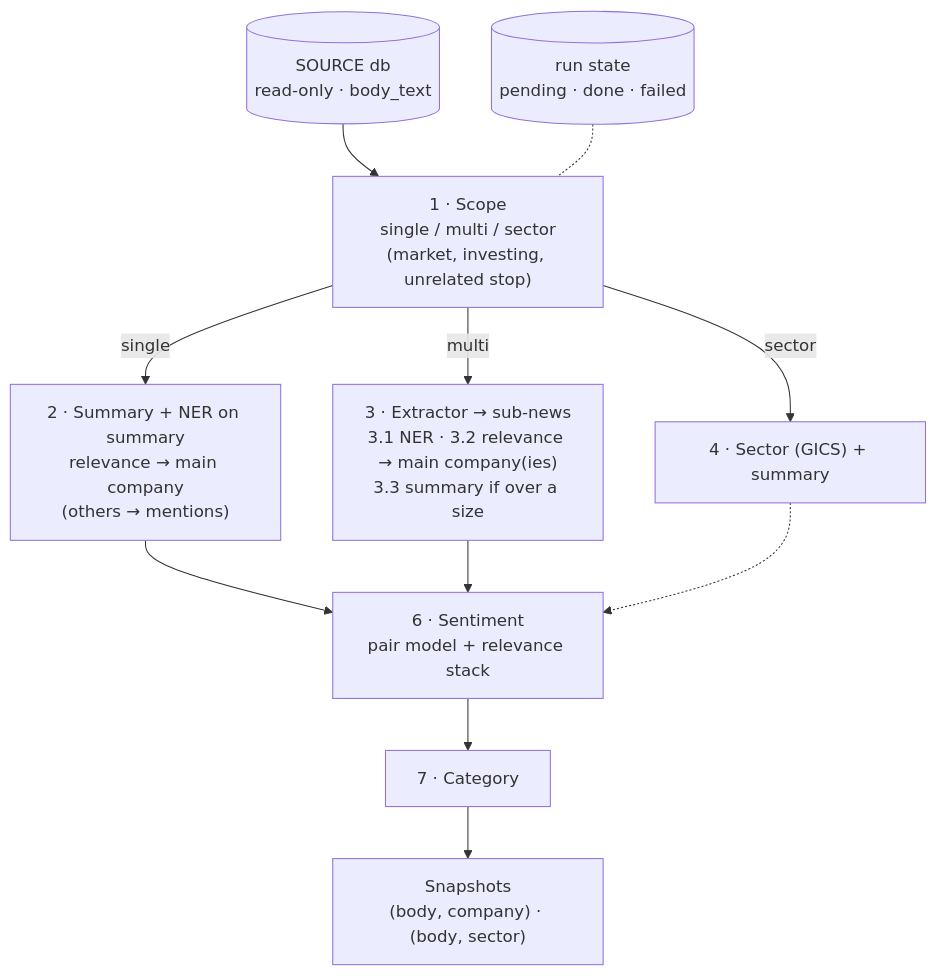
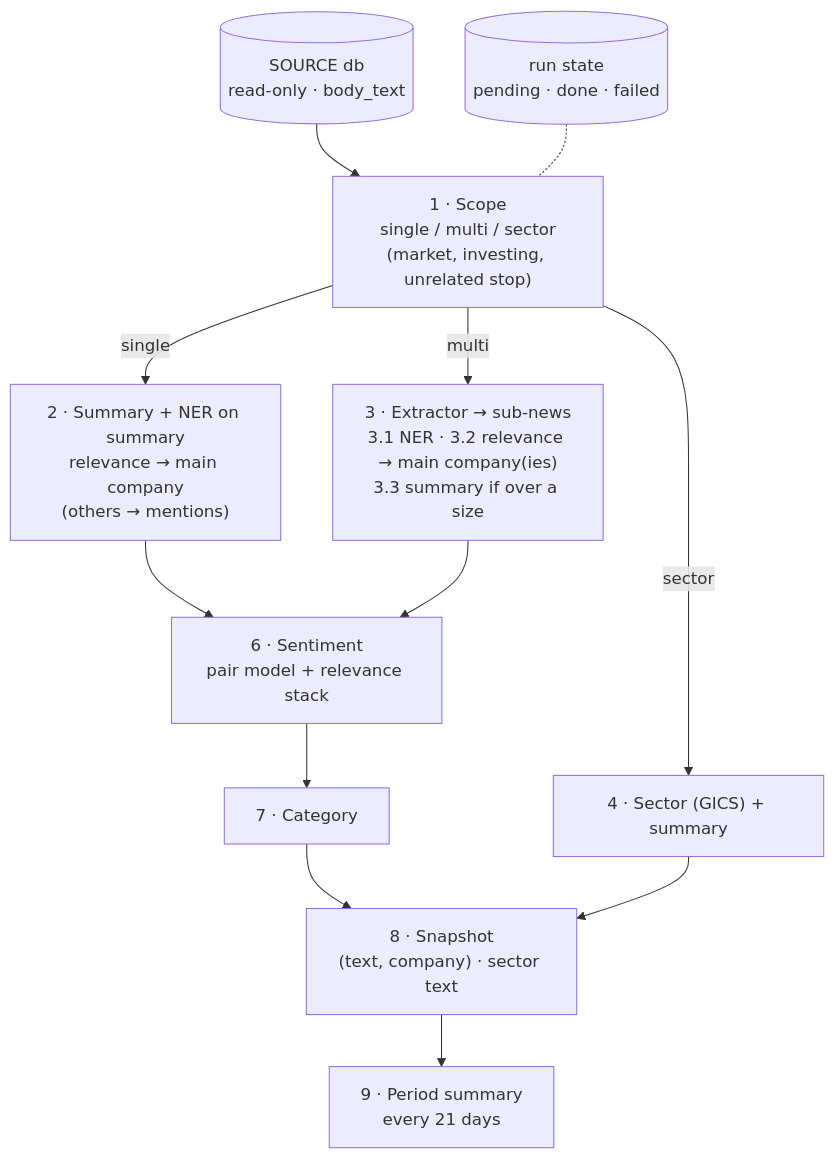
The diagram in .specify/memory/SPEC.md (gamug/portfolio-nlp), drawn with Mermaid before and after one commit. The commit also changed other lines of this file and 7 other files, not shown here.

````diff
--- a/.specify/memory/SPEC.md
+++ b/.specify/memory/SPEC.md
@@ -175,13 +175,14 @@
 ```mermaid
 flowchart TB
     SRC[("SOURCE db<br/>read-only · body_text")] --> S1["1 · Scope<br/>single / multi / sector<br/>(market, investing, unrelated stop)"]
     S1 -->|single| A2["2 · Summary + NER on summary<br/>relevance → main company<br/>(others → mentions)"]
     S1 -->|multi| B3["3 · Extractor → sub-news<br/>3.1 NER · 3.2 relevance → main company(ies)<br/>3.3 summary if over a size"]
     S1 -->|sector| C4["4 · Sector (GICS) + summary"]
     A2 --> S6["6 · Sentiment<br/>pair model + relevance stack"]
     B3 --> S6
-    C4 -.-> S6
     S6 --> S7["7 · Category"]
-    S7 --> SNAP["Snapshots<br/>(body, company) · (body, sector)"]
+    S7 --> SNAP["8 · Snapshot<br/>(text, company) · sector text"]
+    C4 --> SNAP
+    SNAP --> S9["9 · Period summary<br/>every 21 days"]
     RUN[("run state<br/>pending · done · failed")] -.- S1
 ```
````
